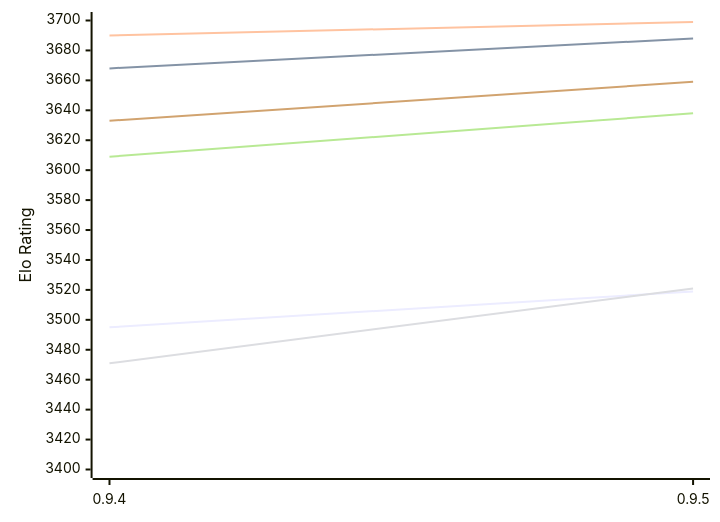
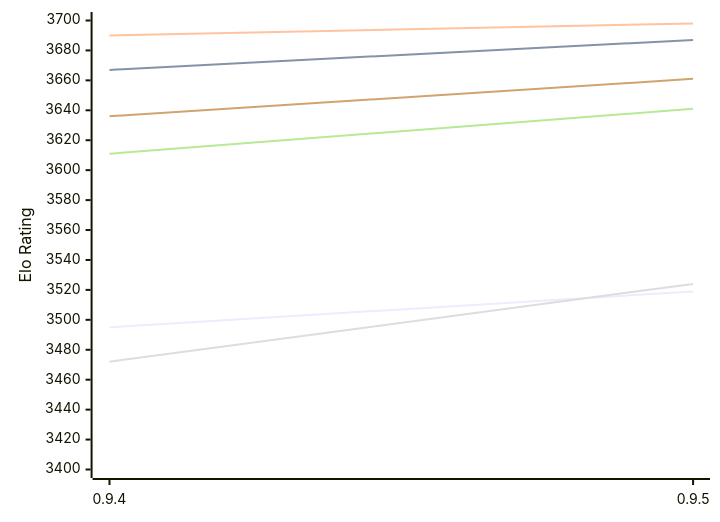
Before and after one commit to computer-chess-index/cci: the first of 2 diagrams in engines/Coda.md, drawn with Mermaid. The commit also changed other lines of this file, not shown here.

Commit message:
Update CCI Ratings (ELO VLTC) - 2026-11-24

````diff
--- a/engines/Coda.md
+++ b/engines/Coda.md
@@ -52,12 +52,12 @@
 ```mermaid
 %%{init: {"theme":"base","themeVariables":{"seriesColors:['#a3a3a3','#222221','#faa371']}}}%%
 xychart-beta
   x-axis ["0.9.4", "0.9.5"]
   y-axis "Elo Rating" 3400 --> 3700
   line "E1: STC (8.0+0.08s)" [3495, 3519]
-  line "E1: LTC (60.0+0.60s)" [3668, 3688]
-  line "E1: VLTC (2m24s+1.12s)" [3690, 3699]
-  line "P1: STC (8.0+0.08s)" [3471, 3521]
-  line "P1: LTC (60.0+0.60s)" [3609, 3638]
-  line "P1: VLTC (2m24s+1.12s)" [3633, 3659]
+  line "E1: LTC (60.0+0.60s)" [3667, 3687]
+  line "E1: VLTC (2m24s+1.12s)" [3690, 3698]
+  line "P1: STC (8.0+0.08s)" [3472, 3524]
+  line "P1: LTC (60.0+0.60s)" [3611, 3641]
+  line "P1: VLTC (2m24s+1.12s)" [3636, 3661]
 ```
````
